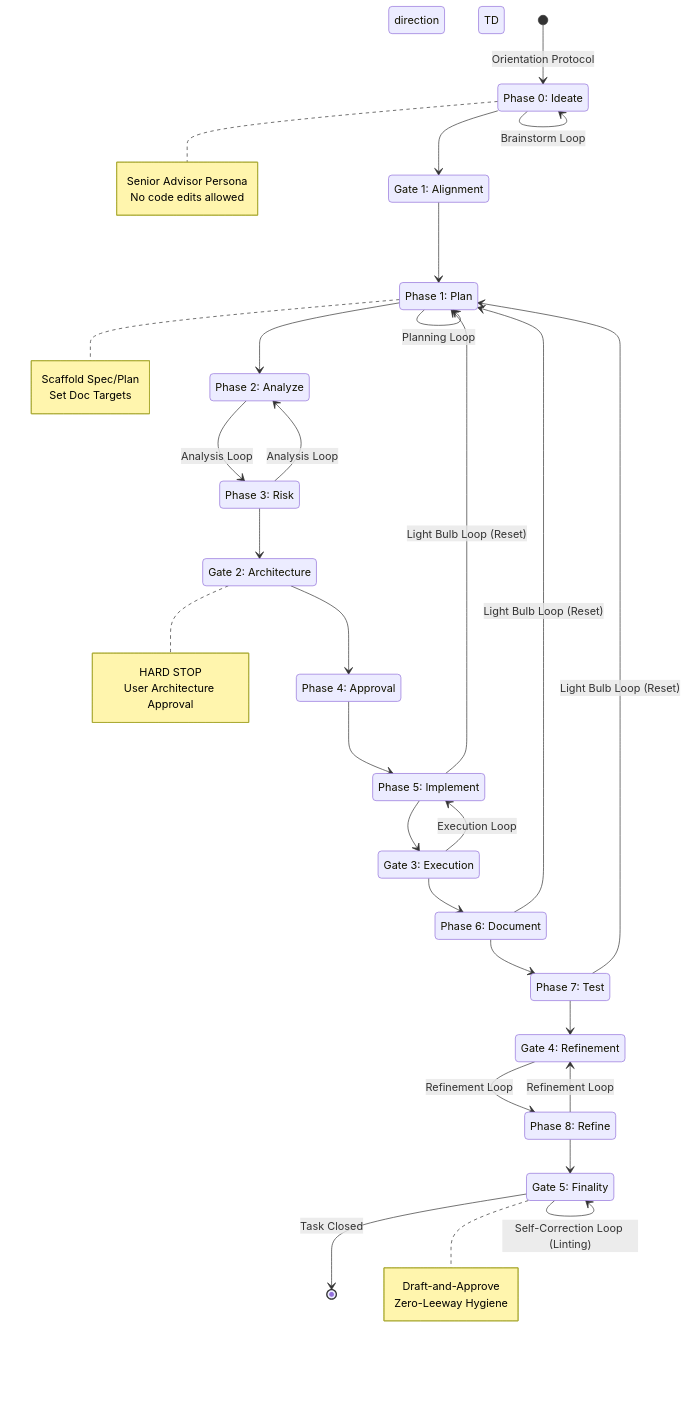
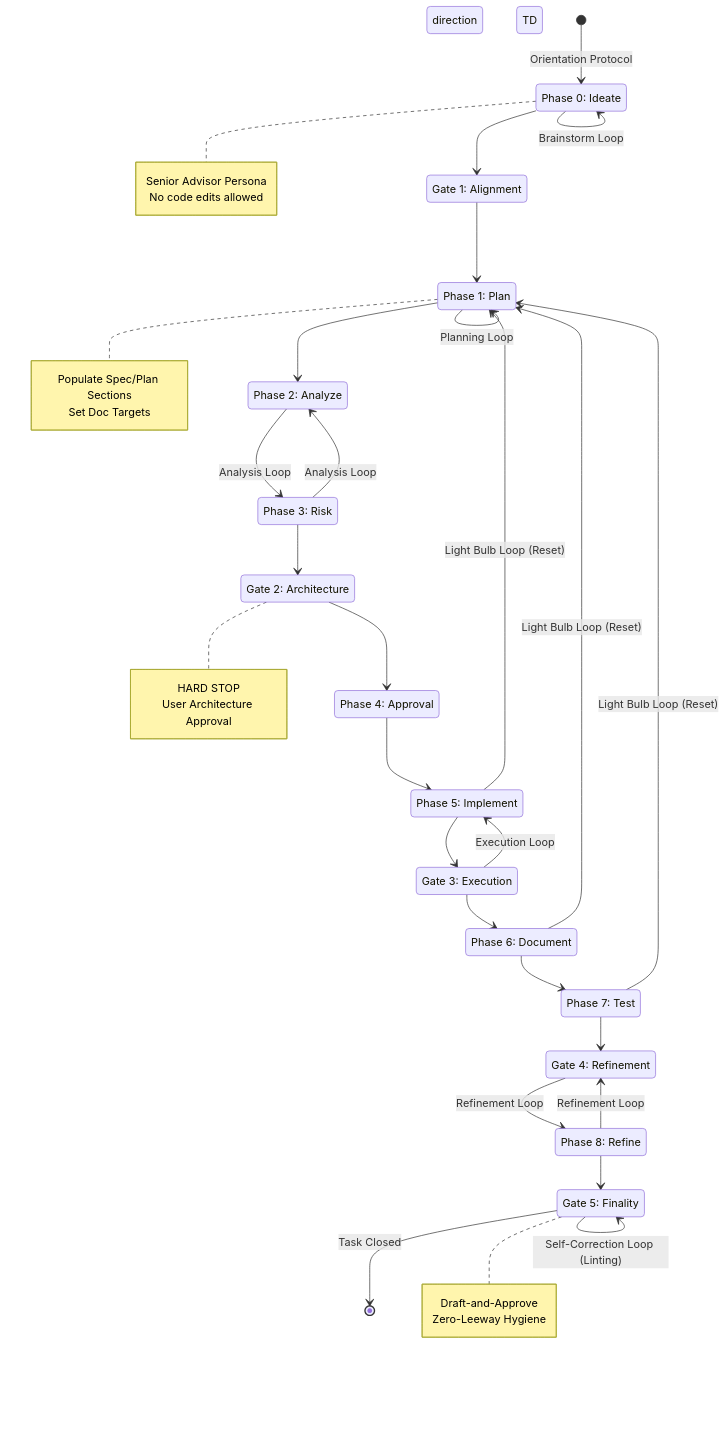
Before and after one commit to smashweaver/simple-workflow-toolkit: the diagram in LOOPS.md, drawn with Mermaid. The commit also changed other lines of this file and 4 other files, not shown here.

````diff
--- a/LOOPS.md
+++ b/LOOPS.md
@@ -7,77 +7,77 @@
 ```mermaid
 stateDiagram-v2
     direction TD
 
     state "Phase 0: Ideate" as P0
     state "Phase 1: Plan" as P1
     state "Phase 2: Analyze" as P2
     state "Phase 3: Risk" as P3
     state "Phase 4: Approval" as P4
     state "Phase 5: Implement" as P5
     state "Phase 6: Document" as P6
     state "Phase 7: Test" as P7
     state "Phase 8: Refine" as P8
 
     state "Gate 1: Alignment" as G1
     state "Gate 2: Architecture" as G2
     state "Gate 3: Execution" as G3
     state "Gate 4: Refinement" as G4
     state "Gate 5: Finality" as G5
 
     [*] --> P0: Orientation Protocol
 
     %% The Brainstorm Loop
     P0 --> P0: Brainstorm Loop
     P0 --> G1
     G1 --> P1
 
     %% The Planning & Analysis Loops
     P1 --> P1: Planning Loop
     P1 --> P2
     P2 --> P3: Analysis Loop
     P3 --> P2: Analysis Loop
     P3 --> G2
 
     %% The Execution Loop
     G2 --> P4
     P4 --> P5
     P5 --> G3
     G3 --> P5: Execution Loop
     G3 --> P6
     P6 --> P7
 
     %% The Light Bulb Iteration Loop (Reset)
     P5 --> P1: Light Bulb Loop (Reset)
     P6 --> P1: Light Bulb Loop (Reset)
     P7 --> P1: Light Bulb Loop (Reset)
 
     %% The Refinement Loop
     P7 --> G4
     G4 --> P8: Refinement Loop
     P8 --> G4: Refinement Loop
 
     %% The Commit Loop
     P8 --> G5
     G5 --> G5: Self-Correction Loop (Linting)
     G5 --> [*]: Task Closed
 
     note right of P0
         Senior Advisor Persona
         No code edits allowed
     end note
 
     note right of P1
-        Scaffold Spec/Plan
+        Populate Spec/Plan Sections
         Set Doc Targets
     end note
 
     note right of G2
         HARD STOP
         User Architecture Approval
     end note
 
     note right of G5
         Draft-and-Approve
         Zero-Leeway Hygiene
     end note
 ```
````
